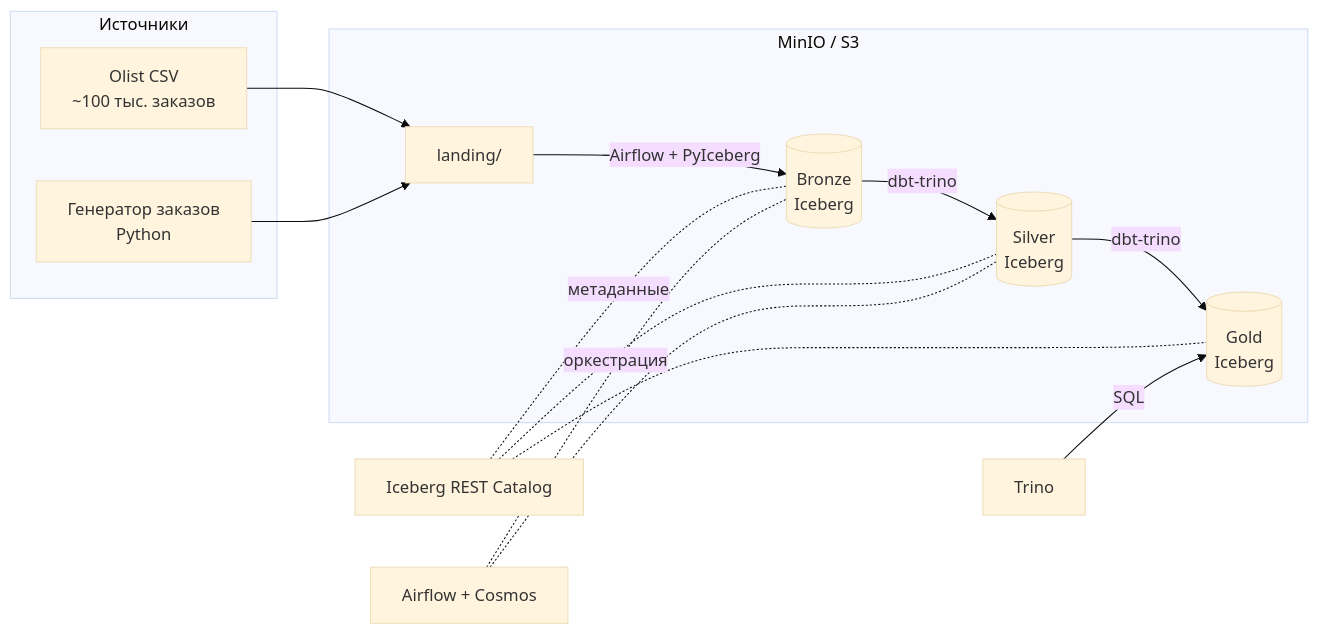
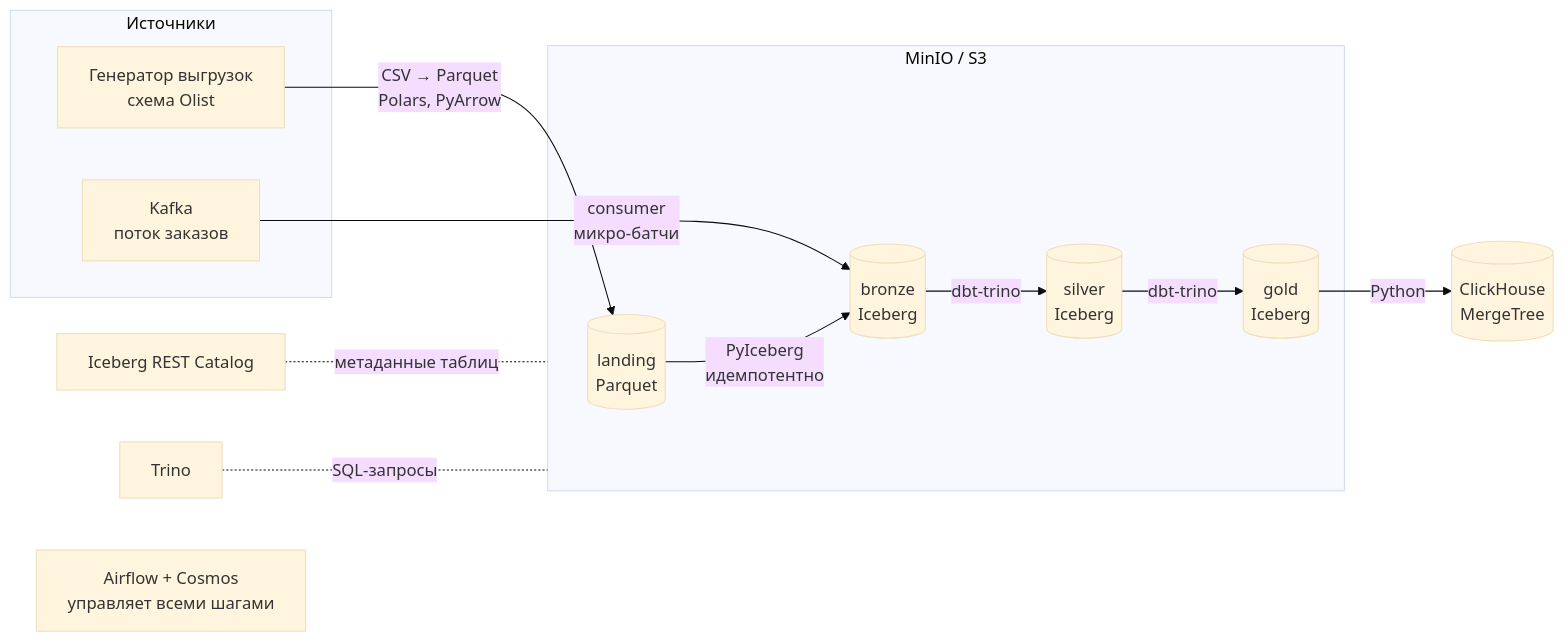
The diagram in README.md (asddqk/retail_lakehouse), drawn with Mermaid (base theme) before and after one commit. The commit also changed other lines of this file and 59 other files, not shown here.

Commit message:
Рабочий пайплайн: dbt, Airflow, ClickHouse

````diff
--- a/README.md
+++ b/README.md
@@ -20,27 +13,25 @@
 ```mermaid
 flowchart LR
-    subgraph Sources[Источники]
-        A[Olist CSV<br/>~100 тыс. заказов]
-        B[Генератор заказов<br/>Python]
+    subgraph SRC[Источники]
+        G[Генератор выгрузок<br/>схема Olist]
+        K[Kafka<br/>поток заказов]
     end
 
-    subgraph Storage[MinIO / S3]
-        L[landing/]
-        BR[(Bronze<br/>Iceberg)]
-        SV[(Silver<br/>Iceberg)]
-        GD[(Gold<br/>Iceberg)]
+    subgraph S3[MinIO / S3]
+        L[(landing<br/>Parquet)]
+        BR[(bronze<br/>Iceberg)]
+        SV[(silver<br/>Iceberg)]
+        GD[(gold<br/>Iceberg)]
     end
 
-    A --> L
-    B --> L
-    L -->|Airflow + PyIceberg| BR
+    G -->|CSV → Parquet<br/>Polars, PyArrow| L
+    L -->|PyIceberg<br/>идемпотентно| BR
+    K -->|consumer<br/>микро-батчи| BR
     BR -->|dbt-trino| SV
     SV -->|dbt-trino| GD
+    GD -->|Python| CH[(ClickHouse<br/>MergeTree)]
 
-    C[Iceberg REST Catalog] -.метаданные.- BR
-    C -.- SV
-    C -.- GD
-    T[Trino] -->|SQL| GD
-    AF[Airflow + Cosmos] -.оркестрация.- BR
-    AF -.- SV
+    CAT[Iceberg REST Catalog] -.метаданные таблиц.- S3
+    T[Trino] -.SQL-запросы.- S3
+    AF[Airflow + Cosmos<br/>управляет всеми шагами]
 ```
````
